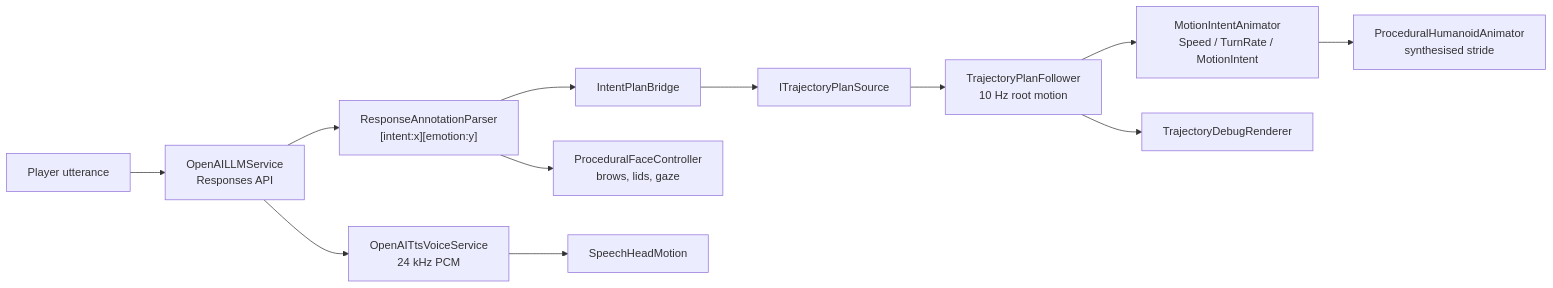
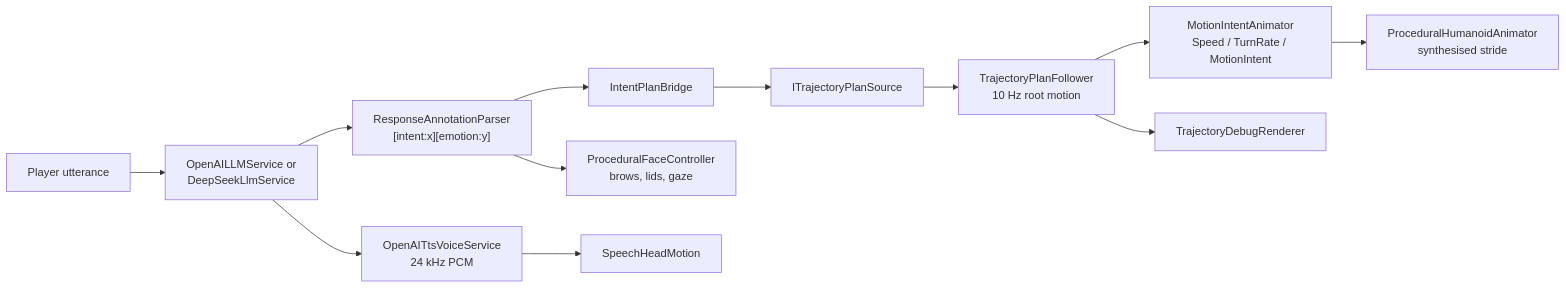
One commit to QizhouD/LLM-NPC changed the diagram in README.md. Above: the diagram before and after it, drawn with Mermaid. The commit also changed other lines of this file and 29 other files, not shown here.

````diff
--- a/README.md
+++ b/README.md
@@ -27,14 +27,14 @@
 ```mermaid
 graph LR
-  Player["Player utterance"] --> LLM["OpenAILLMService<br/>Responses API"]
+  Player["Player utterance"] --> LLM["OpenAILLMService or<br/>DeepSeekLlmService"]
   LLM --> Parser["ResponseAnnotationParser<br/>[intent:x][emotion:y]"]
   Parser --> Bridge["IntentPlanBridge"]
   Parser --> Face["ProceduralFaceController<br/>brows, lids, gaze"]
   Bridge --> Source["ITrajectoryPlanSource"]
   Source --> Follower["TrajectoryPlanFollower<br/>10 Hz root motion"]
   Follower --> Anim["MotionIntentAnimator<br/>Speed / TurnRate / MotionIntent"]
   Follower --> Debug["TrajectoryDebugRenderer"]
   Anim --> Proc["ProceduralHumanoidAnimator<br/>synthesised stride"]
   Voice["OpenAITtsVoiceService<br/>24 kHz PCM"] --> Head["SpeechHeadMotion"]
   LLM --> Voice
 ```
````
